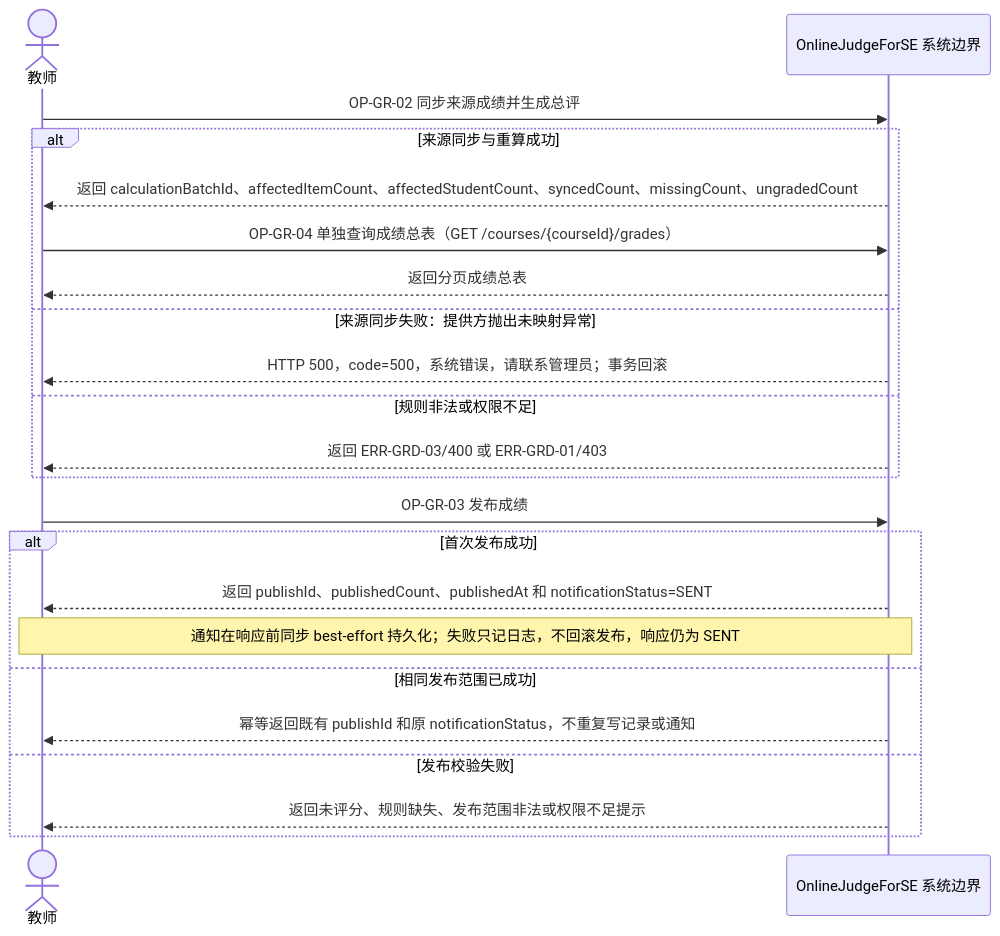
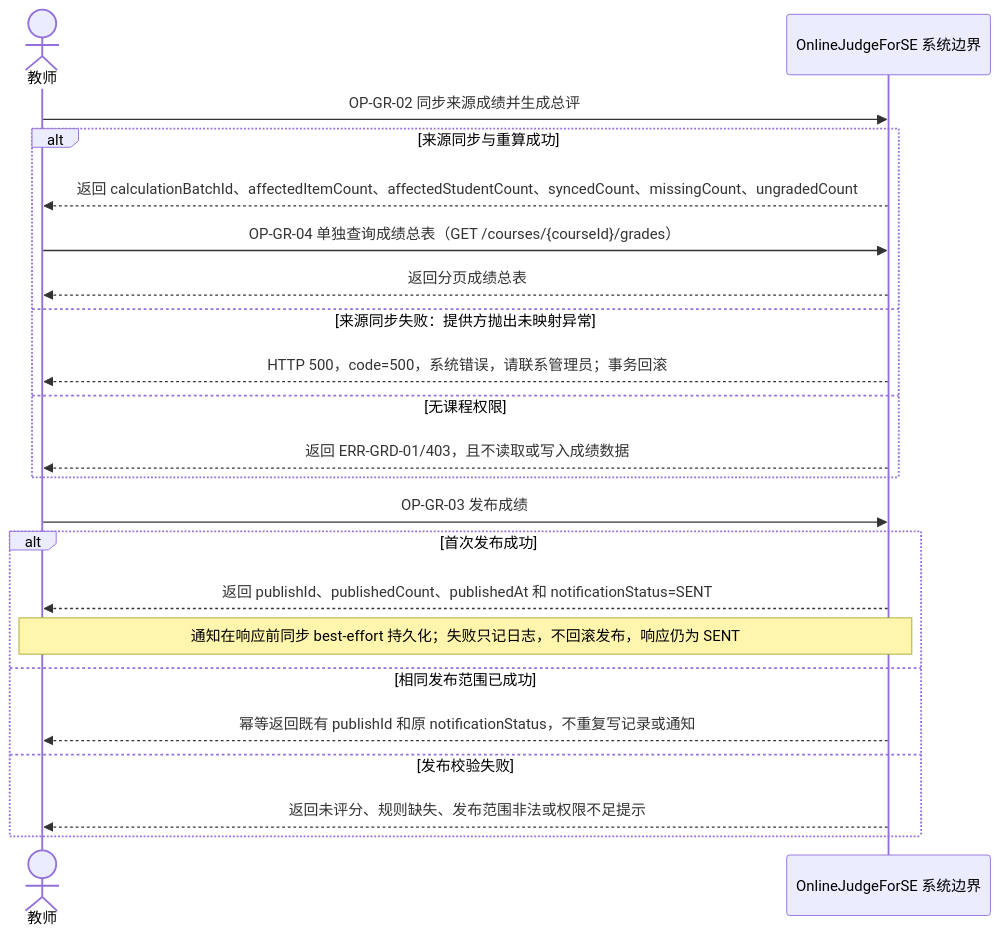
The diagram in docs/diagrams/srs/fig_4_15_grade_flow_ssd.mmd (Cr4zyorange/OnlineJudge), drawn with Mermaid before and after one commit. The commit also changed 6 other files, not shown here.

```diff
--- a/docs/diagrams/srs/fig_4_15_grade_flow_ssd.mmd
+++ b/docs/diagrams/srs/fig_4_15_grade_flow_ssd.mmd
@@ -1,22 +1,22 @@
 sequenceDiagram
   actor Teacher as 教师
   participant System as OnlineJudgeForSE 系统边界
   Teacher->>System: OP-GR-02 同步来源成绩并生成总评
   alt 来源同步与重算成功
     System-->>Teacher: 返回 calculationBatchId、affectedItemCount、affectedStudentCount、syncedCount、missingCount、ungradedCount
     Teacher->>System: OP-GR-04 单独查询成绩总表（GET /courses/{courseId}/grades）
     System-->>Teacher: 返回分页成绩总表
   else 来源同步失败：提供方抛出未映射异常
     System-->>Teacher: HTTP 500，code=500，系统错误，请联系管理员；事务回滚
-  else 规则非法或权限不足
-    System-->>Teacher: 返回 ERR-GRD-03/400 或 ERR-GRD-01/403
+  else 无课程权限
+    System-->>Teacher: 返回 ERR-GRD-01/403，且不读取或写入成绩数据
   end
   Teacher->>System: OP-GR-03 发布成绩
   alt 首次发布成功
     System-->>Teacher: 返回 publishId、publishedCount、publishedAt 和 notificationStatus=SENT
     Note over Teacher,System: 通知在响应前同步 best-effort 持久化；失败只记日志，不回滚发布，响应仍为 SENT
   else 相同发布范围已成功
     System-->>Teacher: 幂等返回既有 publishId 和原 notificationStatus，不重复写记录或通知
   else 发布校验失败
     System-->>Teacher: 返回未评分、规则缺失、发布范围非法或权限不足提示
   end
```
